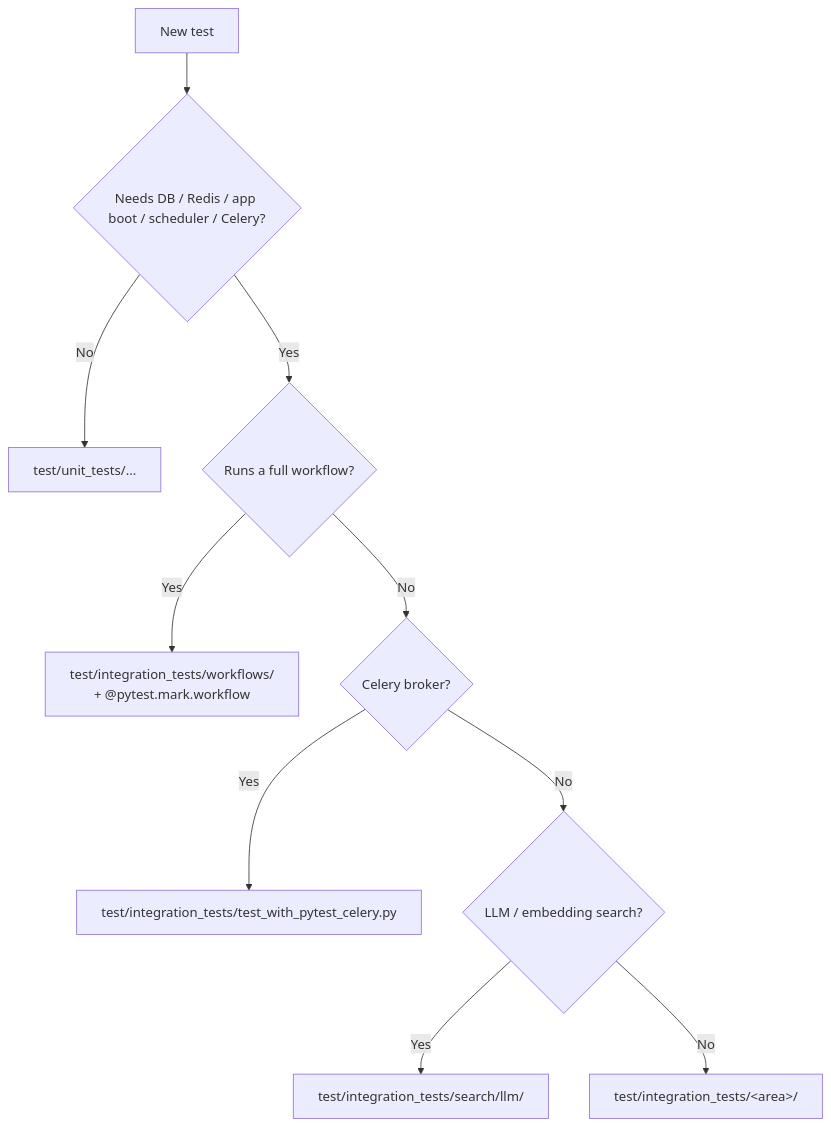
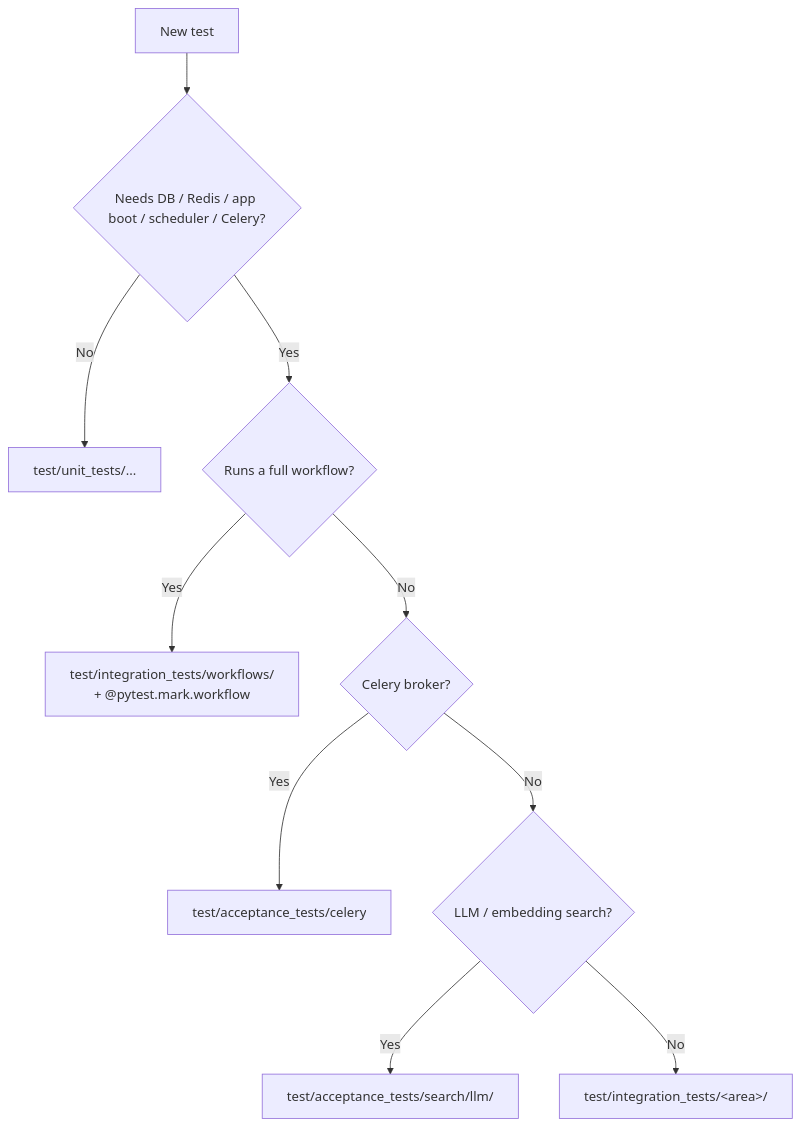
One commit to workfloworchestrator/orchestrator-core changed the diagram in docs/guides/testing.md. Above: the diagram before and after it, drawn with Mermaid. The commit also changed other lines of this file and 4 other files, not shown here.

````diff
--- a/docs/guides/testing.md
+++ b/docs/guides/testing.md
@@ -32,12 +32,12 @@
 ```mermaid
 flowchart TD
     A[New test] --> B{Needs DB / Redis / app boot / scheduler / Celery?}
     B -- No --> C[test/unit_tests/...]
     B -- Yes --> D{Runs a full workflow?}
     D -- Yes --> E[test/integration_tests/workflows/<br>+ @pytest.mark.workflow]
     D -- No --> F{Celery broker?}
-    F -- Yes --> G[test/integration_tests/test_with_pytest_celery.py]
+    F -- Yes --> G[test/acceptance_tests/celery]
     F -- No --> H{LLM / embedding search?}
-    H -- Yes --> I[test/integration_tests/search/llm/]
+    H -- Yes --> I[test/acceptance_tests/search/llm/]
     H -- No --> J[test/integration_tests/&lt;area&gt;/]
 ```
````
